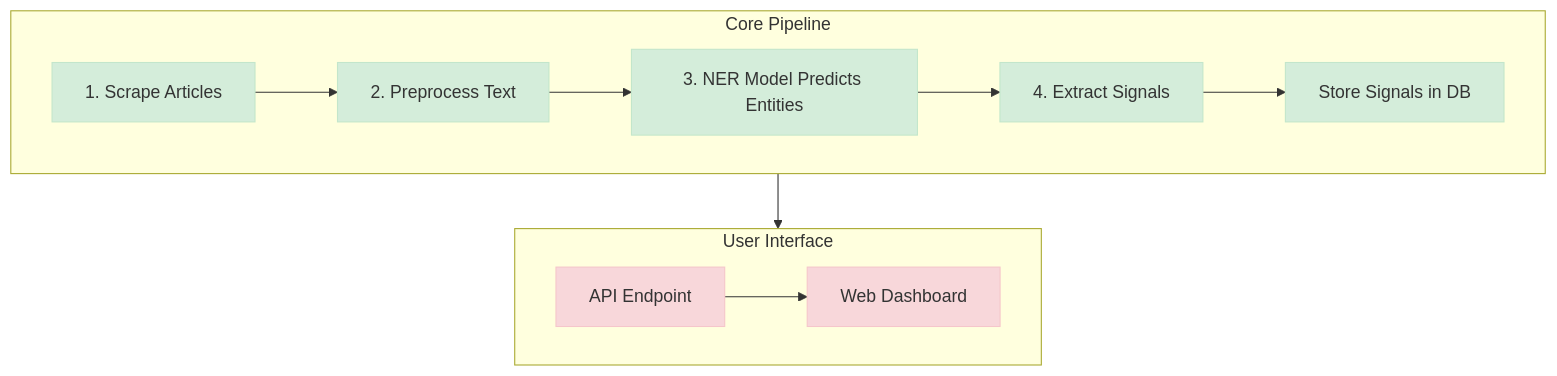
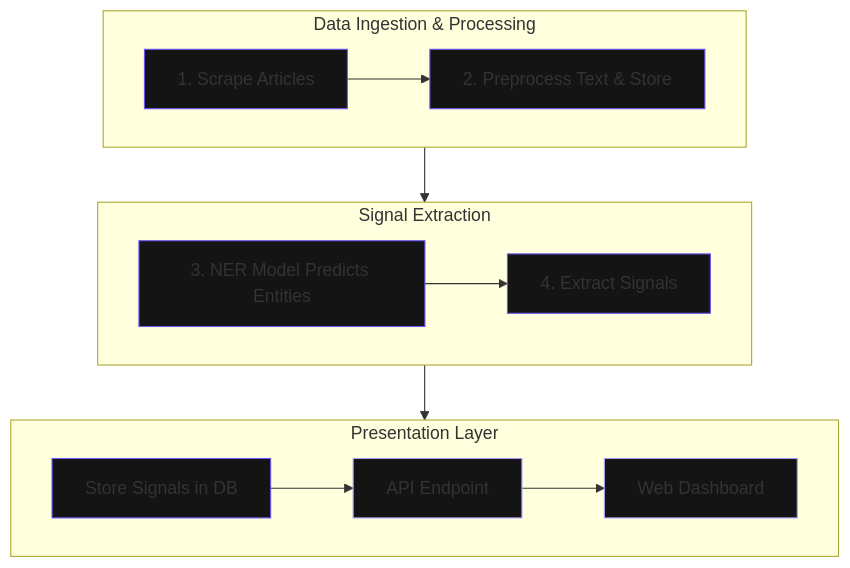
The diagram in README.md (Mikki-H/private-company-signal-extractor), drawn with Mermaid before and after one commit. The commit also changed other lines of this file, not shown here.

Commit message:
docs: overhaul README with new design, simplified instructions, and new architecture diagram

````diff
--- a/README.md
+++ b/README.md
@@ -22,24 +26,28 @@
 ```mermaid
 graph TD;
-    subgraph "Core Pipeline";
+    subgraph "Data Ingestion & Processing"
         direction LR
-        A["1. Scrape Articles"] --> B["2. Preprocess Text"];
+        A["1. Scrape Articles"] --> B["2. Preprocess Text & Store"];
+    end
+    
+    subgraph "Signal Extraction"
+        direction LR
         B --> C["3. NER Model Predicts Entities"];
         C --> D["4. Extract Signals"];
-        D --> E["Store Signals in DB"];
     end
 
-    subgraph "User Interface";
+    subgraph "Presentation Layer"
         direction LR
+        D --> E["Store Signals in DB"];
         E --> F["API Endpoint"];
         F --> G["Web Dashboard"];
     end
 
-    style A fill:#d4edda,stroke:#c3e6cb
-    style B fill:#d4edda,stroke:#c3e6cb
-    style C fill:#d4edda,stroke:#c3e6cb
-    style D fill:#d4edda,stroke:#c3e6cb
-    style E fill:#d4edda,stroke:#c3e6cb
-    style F fill:#f8d7da,stroke:#f5c6cb
-    style G fill:#f8d7da,stroke:#f5c6cb
+    style A fill:#141414,stroke:#6C55F5
+    style B fill:#141414,stroke:#6C55F5
+    style C fill:#141414,stroke:#6C55F5
+    style D fill:#141414,stroke:#6C55F5
+    style E fill:#141414,stroke:#6C55F5
+    style F fill:#141414,stroke:#A89DF8
+    style G fill:#141414,stroke:#A89DF8
 ```
````
